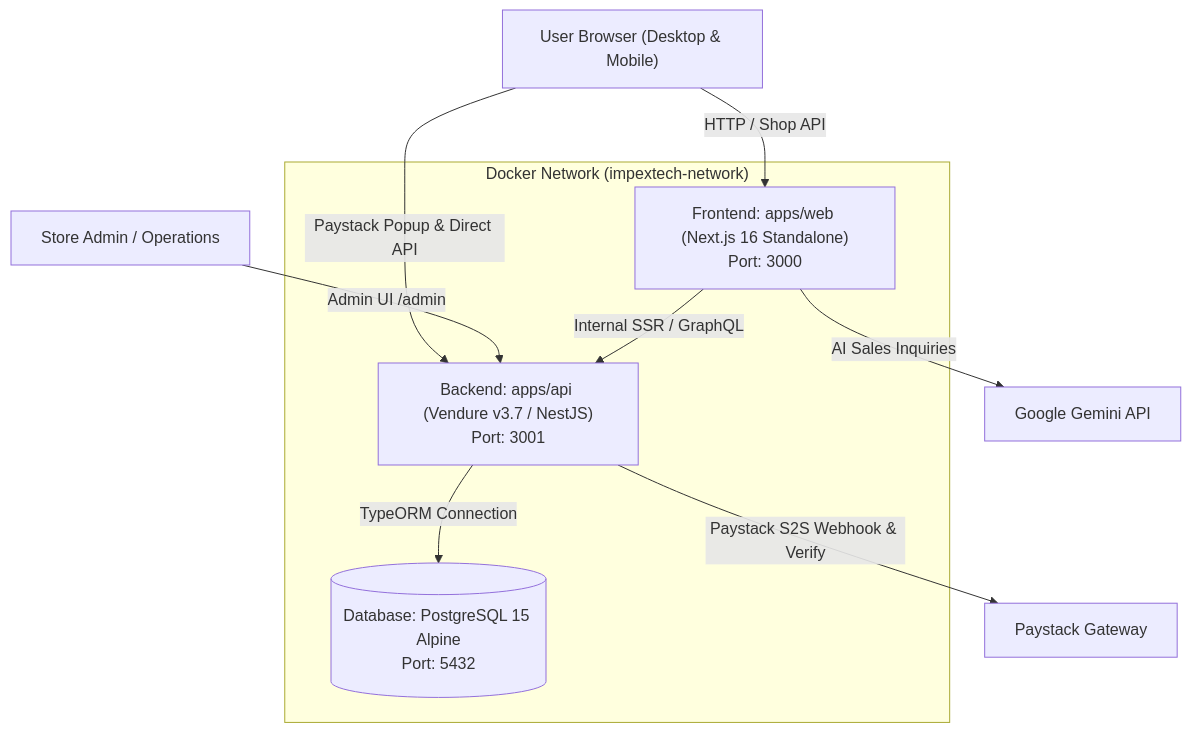
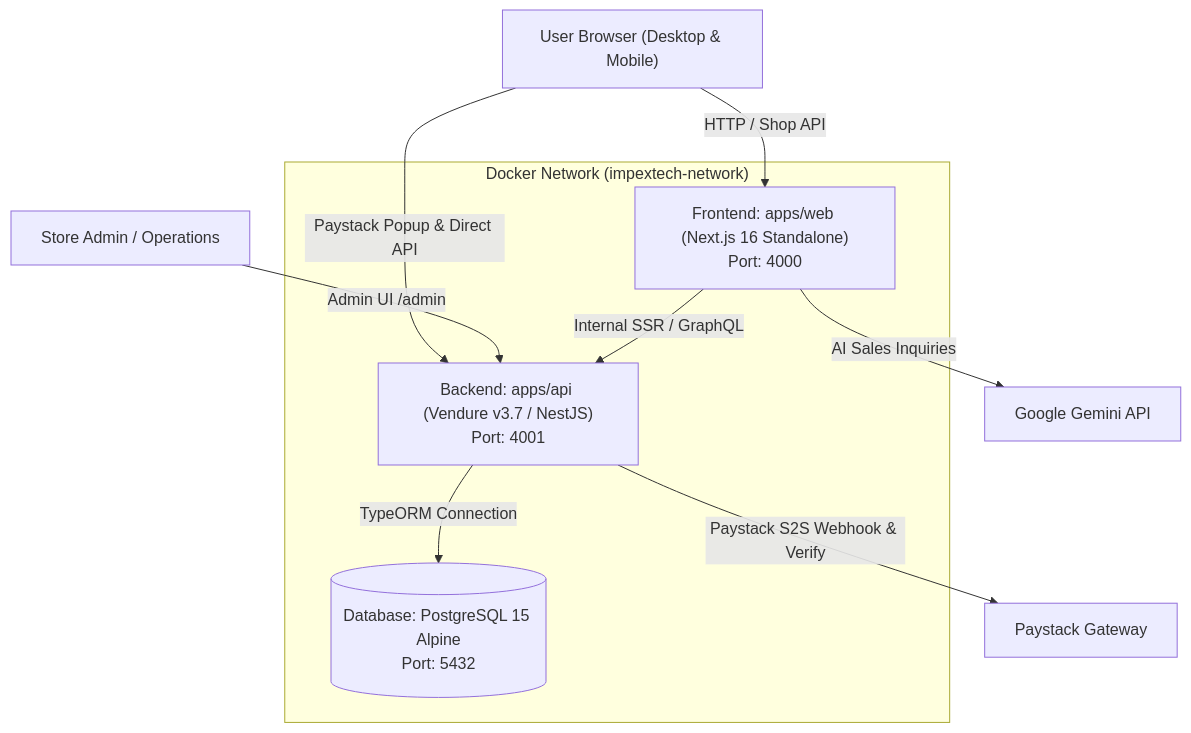
Before and after one commit to dillibs001/impextech: the diagram in README.md, drawn with Mermaid. The commit also changed other lines of this file and 15 other files, not shown here.

First line of the commit message:
chore: migrate default ports to 4000 series (web: 4000, api: 4001)

````diff
--- a/README.md
+++ b/README.md
@@ -52,19 +52,19 @@
 ```mermaid
 graph TD
     Client["User Browser (Desktop & Mobile)"]
     Admin["Store Admin / Operations"]
 
     subgraph "Docker Network (impextech-network)"
-        Web["Frontend: apps/web (Next.js 16 Standalone)<br/>Port: 3000"]
-        API["Backend: apps/api (Vendure v3.7 / NestJS)<br/>Port: 3001"]
+        Web["Frontend: apps/web (Next.js 16 Standalone)<br/>Port: 4000"]
+        API["Backend: apps/api (Vendure v3.7 / NestJS)<br/>Port: 4001"]
         DB[("Database: PostgreSQL 15 Alpine<br/>Port: 5432")]
     end
 
     Client -->|HTTP / Shop API| Web
     Client -->|Paystack Popup & Direct API| API
     Admin -->|Admin UI /admin| API
     Web -->|Internal SSR / GraphQL| API
     API -->|TypeORM Connection| DB
     API -->|Paystack S2S Webhook & Verify| Paystack["Paystack Gateway"]
     Web -->|AI Sales Inquiries| Gemini["Google Gemini API"]
 ```
````
